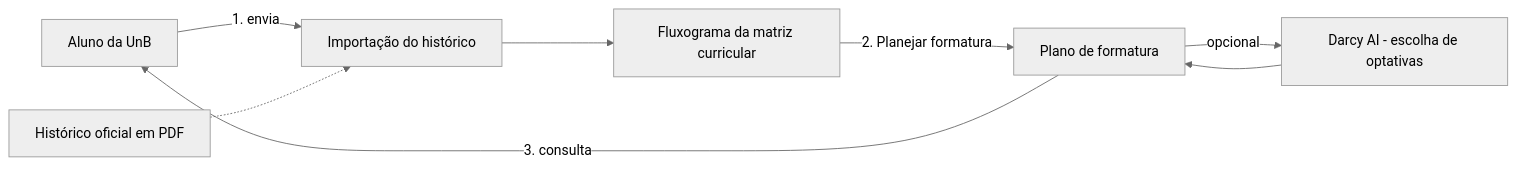
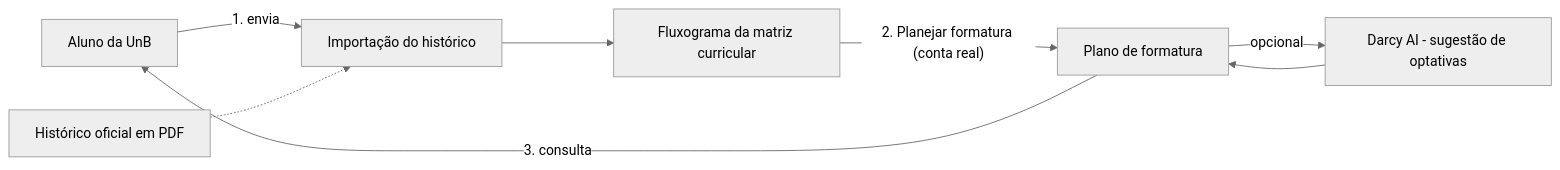
The first of 2 diagrams in docs/fase1/softwareEscolhido.md (FCTE-Qualidade-de-Software-1/2026-2_T02_JEAN_SAMMET), drawn with Mermaid (neutral theme) before and after one commit. The commit also changed other lines of this file and 8 other files, not shown here.

````diff
--- a/docs/fase1/softwareEscolhido.md
+++ b/docs/fase1/softwareEscolhido.md
@@ -65,10 +75,10 @@
 ```mermaid
 graph LR
     A["Aluno da UnB"] -->|"1. envia"| B["Importação do histórico"]
     H["Histórico oficial em PDF"] -.-> B
     B --> C["Fluxograma da matriz curricular"]
-    C -->|"2. Planejar formatura"| D["Plano de formatura"]
-    D -->|"opcional"| E["Darcy AI - escolha de optativas"]
+    C -->|"2. Planejar formatura (conta real)"| D["Plano de formatura"]
+    D -->|"opcional"| E["Darcy AI - sugestão de optativas"]
     E --> D
     D -->|"3. consulta"| A
 ```
````
